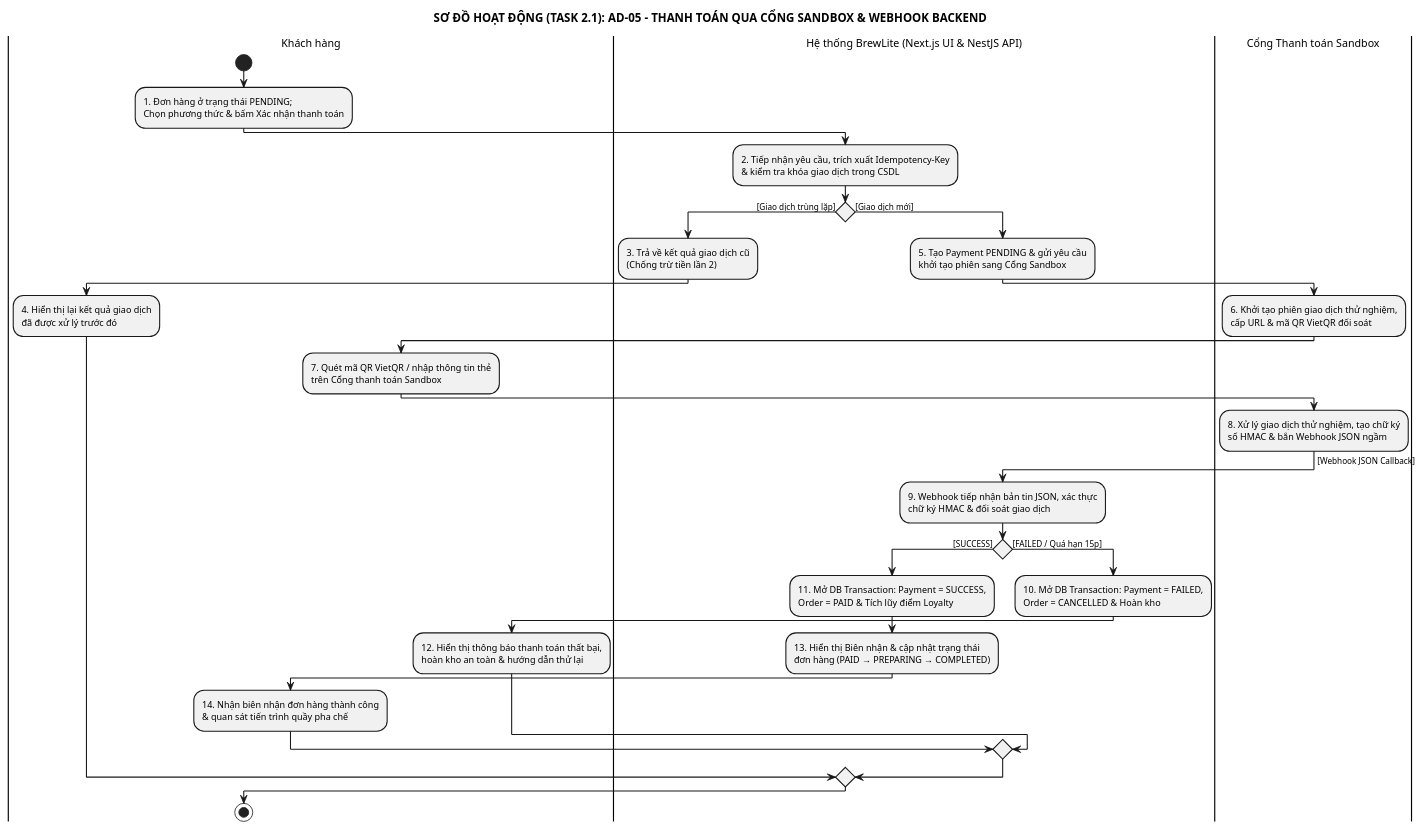
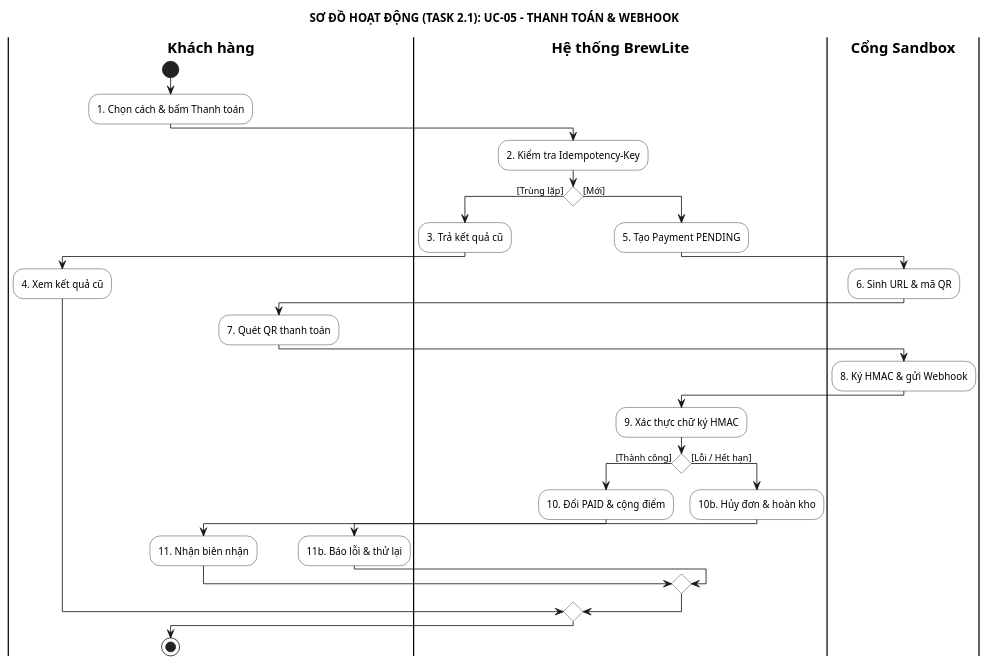
Before and after one commit to SamuiSang/brewlite2: the diagram in docs/diagrams/activity-05-payment.puml, drawn with PlantUML. The commit also changed 5 other files, not shown here.

```diff
--- a/docs/diagrams/activity-05-payment.puml
+++ b/docs/diagrams/activity-05-payment.puml
@@ -1,69 +1,47 @@
 @startuml activity-05-payment
 !pragma useVerticalIf on
 skinparam monochrome true
 skinparam shadowing false
+skinparam defaultFontName SansSerif
 skinparam backgroundColor white
-skinparam defaultFontName "Segoe UI", "Arial", sans-serif
-
-skinparam ActivityBorderThickness 1.3
-skinparam ArrowThickness 1.3
-skinparam ActivityDiamondBorderThickness 1.3
-skinparam SwimlaneBorderThickness 1.4
-skinparam SwimlaneTitleFontSize 13
-skinparam SwimlaneTitleFontWeight bold
-skinparam ActivityFontSize 11
-skinparam ActivityDiamondFontSize 10
-skinparam ArrowFontSize 10
-skinparam ActivityMaxWidth 250
-
-title SƠ ĐỒ HOẠT ĐỘNG (TASK 2.1): AD-05 - THANH TOÁN QUA CỔNG SANDBOX & WEBHOOK BACKEND
-
-|Khách hàng|
-|Hệ thống BrewLite (Next.js UI & NestJS API)|
-|Cổng Thanh toán Sandbox|
+skinparam conditionStyle diamond
+skinparam activityBackgroundColor white
+skinparam activityDiamondBackgroundColor white
+skinparam swimlaneTitleFontStyle bold
+skinparam swimlaneBorderColor black
+title SƠ ĐỒ HOẠT ĐỘNG (TASK 2.1): UC-05 - THANH TOÁN & WEBHOOK
 
 |Khách hàng|
 start
-:1. Đơn hàng ở trạng thái PENDING;\nChọn phương thức & bấm Xác nhận thanh toán;
-
-|Hệ thống BrewLite (Next.js UI & NestJS API)|
-:2. Tiếp nhận yêu cầu, trích xuất Idempotency-Key\n& kiểm tra khóa giao dịch trong CSDL;
-
-if () then ([Giao dịch trùng lặp])
-  :3. Trả về kết quả giao dịch cũ\n(Chống trừ tiền lần 2);
+:1. Chọn cách & bấm Thanh toán;
+|Hệ thống BrewLite|
+:2. Kiểm tra Idempotency-Key;
+if () then ([Trùng lặp])
+  :3. Trả kết quả cũ;
   |Khách hàng|
-  :4. Hiển thị lại kết quả giao dịch\nđã được xử lý trước đó;
-else ([Giao dịch mới])
-  |Hệ thống BrewLite (Next.js UI & NestJS API)|
-  :5. Tạo Payment PENDING & gửi yêu cầu\nkhởi tạo phiên sang Cổng Sandbox;
-  
-  |Cổng Thanh toán Sandbox|
-  :6. Khởi tạo phiên giao dịch thử nghiệm,\ncấp URL & mã QR VietQR đối soát;
-  
+  :4. Xem kết quả cũ;
+else ([Mới])
+  |Hệ thống BrewLite|
+  :5. Tạo Payment PENDING;
+  |Cổng Sandbox|
+  :6. Sinh URL & mã QR;
   |Khách hàng|
-  :7. Quét mã QR VietQR / nhập thông tin thẻ\ntrên Cổng thanh toán Sandbox;
-  
-  |Cổng Thanh toán Sandbox|
-  :8. Xử lý giao dịch thử nghiệm, tạo chữ ký\nsố HMAC & bắn Webhook JSON ngầm;
-  
-  |Hệ thống BrewLite (Next.js UI & NestJS API)|
-  -> [Webhook JSON Callback];
-  :9. Webhook tiếp nhận bản tin JSON, xác thực\nchữ ký HMAC & đối soát giao dịch;
-  
-  if () then ([SUCCESS])
-    :11. Mở DB Transaction: Payment = SUCCESS,\nOrder = PAID & Tích lũy điểm Loyalty;
-    :13. Hiển thị Biên nhận & cập nhật trạng thái\nđơn hàng (PAID → PREPARING → COMPLETED);
+  :7. Quét QR thanh toán;
+  |Cổng Sandbox|
+  :8. Ký HMAC & gửi Webhook;
+  |Hệ thống BrewLite|
+  :9. Xác thực chữ ký HMAC;
+  if () then ([Thành công])
+    :10. Đổi PAID & cộng điểm;
     |Khách hàng|
-    :14. Nhận biên nhận đơn hàng thành công\n& quan sát tiến trình quầy pha chế;
-  else ([FAILED / Quá hạn 15p])
-    |Hệ thống BrewLite (Next.js UI & NestJS API)|
-    :10. Mở DB Transaction: Payment = FAILED,\nOrder = CANCELLED & Hoàn kho;
+    :11. Nhận biên nhận;
+  else ([Lỗi / Hết hạn])
+    |Hệ thống BrewLite|
+    :10b. Hủy đơn & hoàn kho;
     |Khách hàng|
-    :12. Hiển thị thông báo thanh toán thất bại,\nhoàn kho an toàn & hướng dẫn thử lại;
+    :11b. Báo lỗi & thử lại;
   endif
 endif
-
 |Khách hàng|
 stop
-
 @enduml
```
